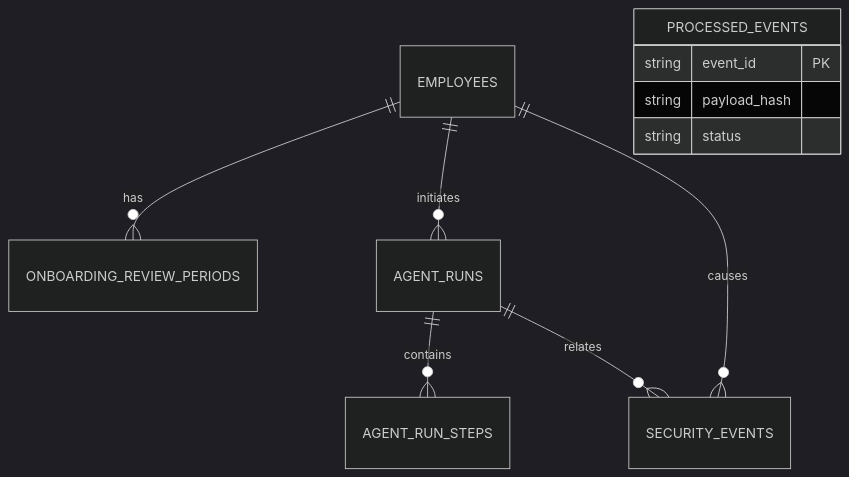
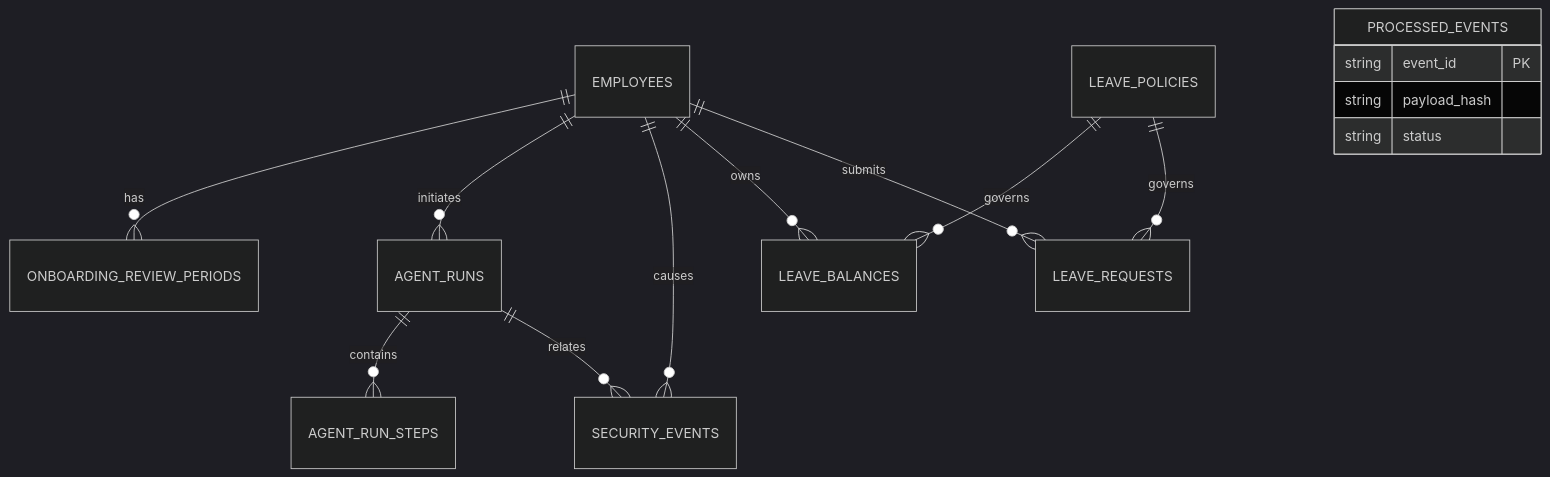
One commit to ramioooz/hcm-agentic-llmops changed the diagram in docs/data-model.md. Above: the diagram before and after it, drawn with Mermaid (dark theme). The commit also changed other lines of this file and 25 other files, not shown here.

````diff
--- a/docs/data-model.md
+++ b/docs/data-model.md
@@ -7,13 +7,17 @@
 ```mermaid
 erDiagram
 EMPLOYEES ||--o{ ONBOARDING_REVIEW_PERIODS : has
 EMPLOYEES ||--o{ AGENT_RUNS : initiates
 AGENT_RUNS ||--o{ AGENT_RUN_STEPS : contains
 AGENT_RUNS ||--o{ SECURITY_EVENTS : relates
 EMPLOYEES ||--o{ SECURITY_EVENTS : causes
+EMPLOYEES ||--o{ LEAVE_BALANCES : owns
+EMPLOYEES ||--o{ LEAVE_REQUESTS : submits
+LEAVE_POLICIES ||--o{ LEAVE_BALANCES : governs
+LEAVE_POLICIES ||--o{ LEAVE_REQUESTS : governs
 PROCESSED_EVENTS {
   string event_id PK
   string payload_hash
   string status
 }
 ```
````
